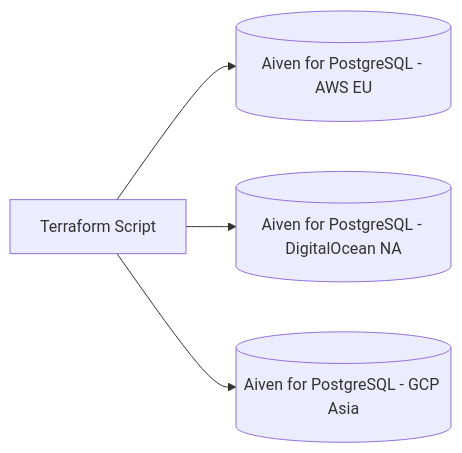
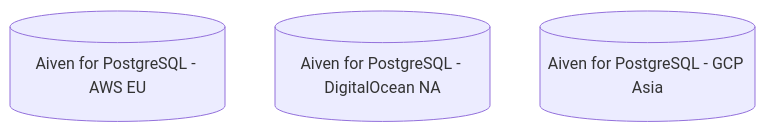
The diagram in docs/tools/terraform/reference/cookbook/multicloud-postgresql-recipe.rst (aiven/devportal), drawn with Mermaid before and after one commit.

Commit message:
Only show deployed elements on diagram

```diff
--- a/docs/tools/terraform/reference/cookbook/multicloud-postgresql-recipe.rst
+++ b/docs/tools/terraform/reference/cookbook/multicloud-postgresql-recipe.rst
@@ -10,7 +10,6 @@
 .. mermaid::
 
-   graph LR
-      A[Terraform Script]
-      A --> B[(Aiven for PostgreSQL - AWS EU)]
-      A --> C[(Aiven for PostgreSQL - DigitalOcean NA)]
-      A --> D[(Aiven for PostgreSQL - GCP Asia)]
+   graph TD
+      B[(Aiven for PostgreSQL - AWS EU)]
+      C[(Aiven for PostgreSQL - DigitalOcean NA)]
+      D[(Aiven for PostgreSQL - GCP Asia)]
```
